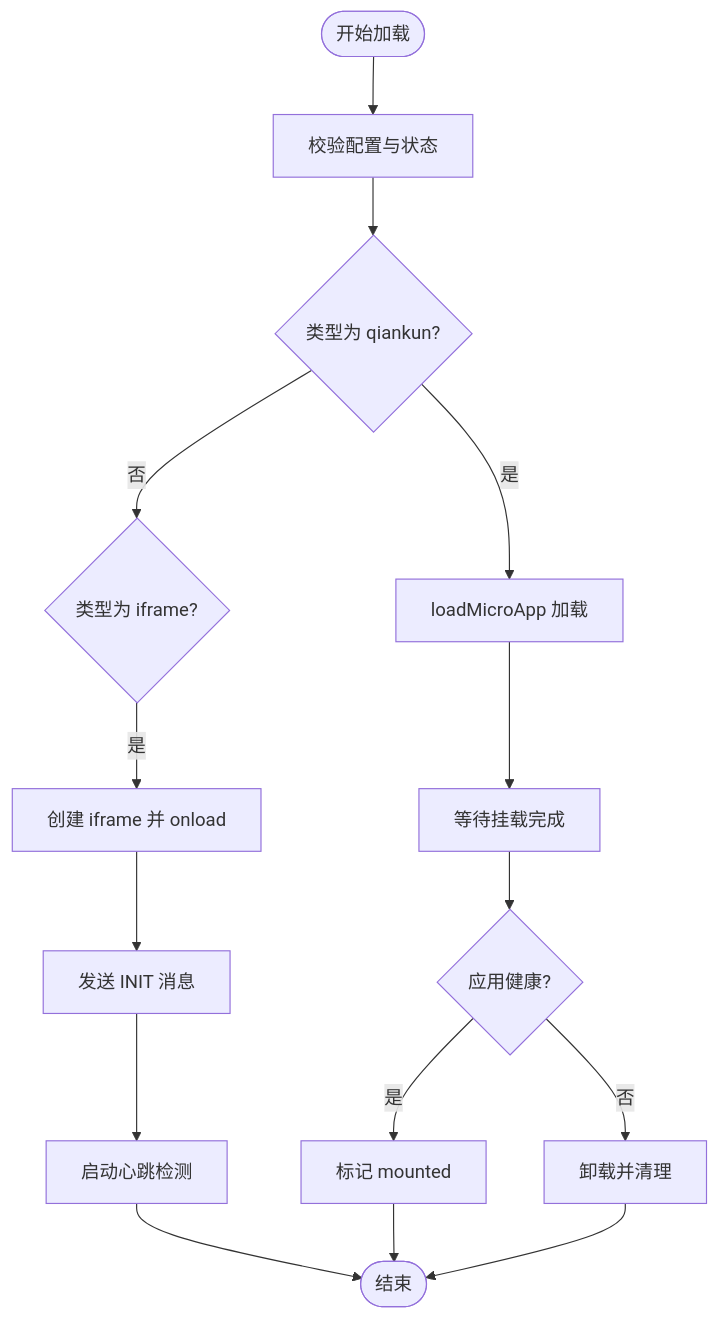
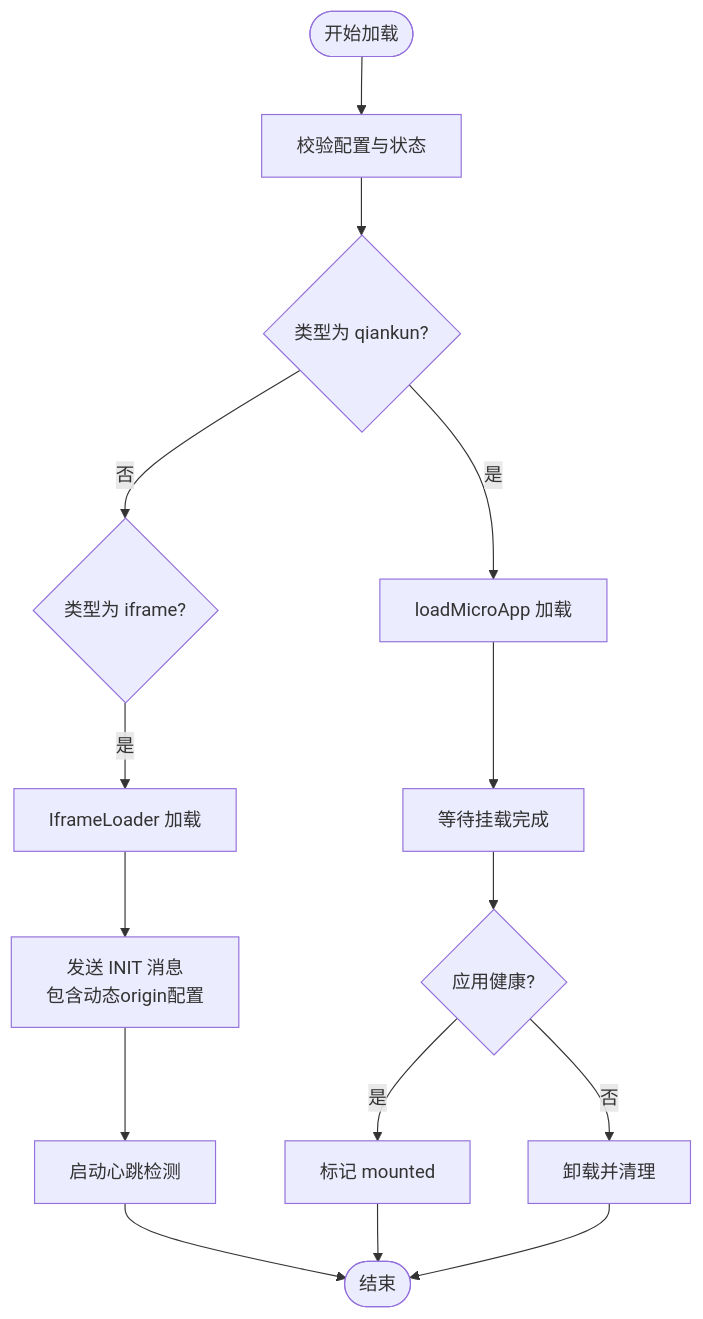
One commit to my-Sitara/artisan-base-frontend changed the sixth of 9 diagrams in .qoder/repowiki/zh/content/架构设计/通信架构.md. Above: the diagram before and after it, drawn with Mermaid. The commit also changed other lines of this file and 25 other files, not shown here.

````diff
--- a/.qoder/repowiki/zh/content/架构设计/通信架构.md
+++ b/.qoder/repowiki/zh/content/架构设计/通信架构.md
@@ -221,17 +290,17 @@
 ```mermaid
 flowchart TD
 Start(["开始加载"]) --> CheckConfig["校验配置与状态"]
 CheckConfig --> TypeQiankun{"类型为 qiankun?"}
 TypeQiankun --> |是| LoadQiankun["loadMicroApp 加载"]
 TypeQiankun --> |否| TypeIframe{"类型为 iframe?"}
-TypeIframe --> |是| CreateIframe["创建 iframe 并 onload"]
-CreateIframe --> SendInit["发送 INIT 消息"]
+TypeIframe --> |是| LoadIframe["IframeLoader 加载"]
+LoadIframe --> SendInit["发送 INIT 消息<br/>包含动态origin配置"]
 SendInit --> StartHB["启动心跳检测"]
 LoadQiankun --> Mount["等待挂载完成"]
 Mount --> Healthy{"应用健康?"}
 Healthy --> |是| Ready["标记 mounted"]
 Healthy --> |否| Unload["卸载并清理"]
 StartHB --> End(["结束"])
 Ready --> End
 Unload --> End
 ```
````
